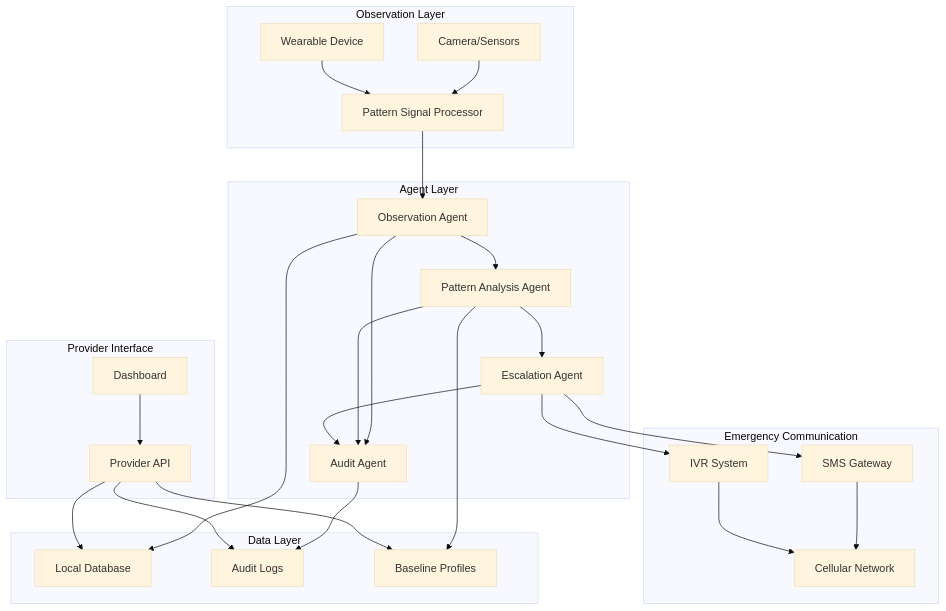
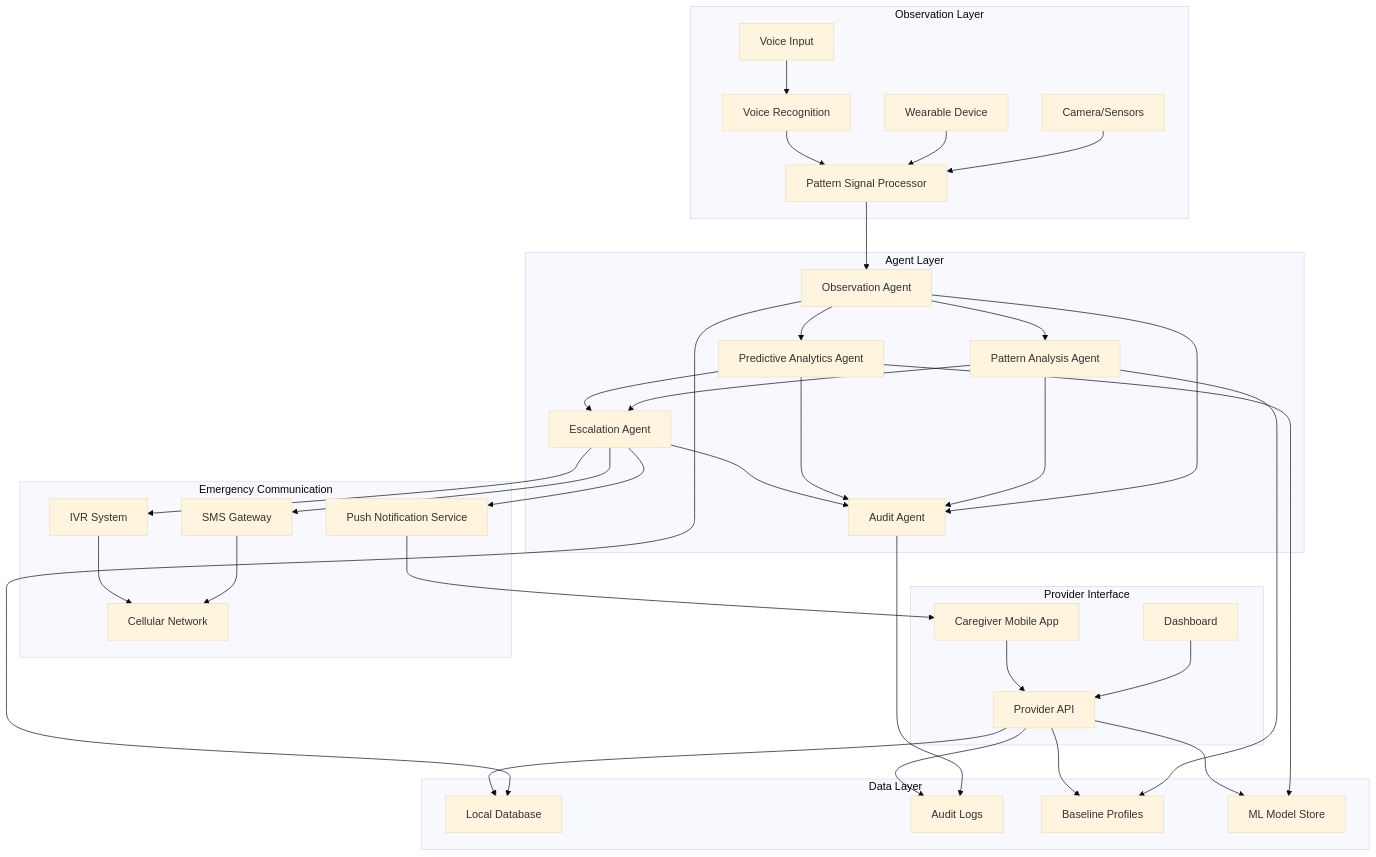
One commit to Aryaajaiswal/chaps changed the diagram in design.md. Above: the diagram before and after it, drawn with Mermaid (base theme). The commit also changed other lines of this file and 2 other files, not shown here.

````diff
--- a/design.md
+++ b/design.md
@@ -20,58 +20,75 @@
 ```mermaid
 graph TB
     subgraph "Observation Layer"
         CAM[Camera/Sensors]
         WEAR[Wearable Device]
+        VOICE[Voice Input]
         PS[Pattern Signal Processor]
+        VSR[Voice Recognition]
     end
     
     subgraph "Agent Layer"
         OA[Observation Agent]
         PAA[Pattern Analysis Agent]
+        PRED[Predictive Analytics Agent]
         EA[Escalation Agent]
         AA[Audit Agent]
     end
     
     subgraph "Emergency Communication"
         SMS[SMS Gateway]
         IVR[IVR System]
+        PUSH[Push Notification Service]
         CELL[Cellular Network]
     end
     
     subgraph "Data Layer"
         LD[Local Database]
         AL[Audit Logs]
         BP[Baseline Profiles]
+        ML[ML Model Store]
     end
     
     subgraph "Provider Interface"
         DASH[Dashboard]
+        MOBILE[Caregiver Mobile App]
         API[Provider API]
     end
     
     CAM --> PS
     WEAR --> PS
+    VOICE --> VSR
+    VSR --> PS
     PS --> OA
     
     OA --> PAA
+    OA --> PRED
     OA --> LD
     OA --> AA
     
     PAA --> EA
     PAA --> BP
     PAA --> AA
     
+    PRED --> EA
+    PRED --> ML
+    PRED --> AA
+    
     EA --> SMS
     EA --> IVR
+    EA --> PUSH
     EA --> AA
     
     SMS --> CELL
     IVR --> CELL
+    PUSH --> MOBILE
     
     AA --> AL
     
     DASH --> API
+    MOBILE --> API
     API --> LD
     API --> AL
     API --> BP
+    API --> ML
 ```
````
